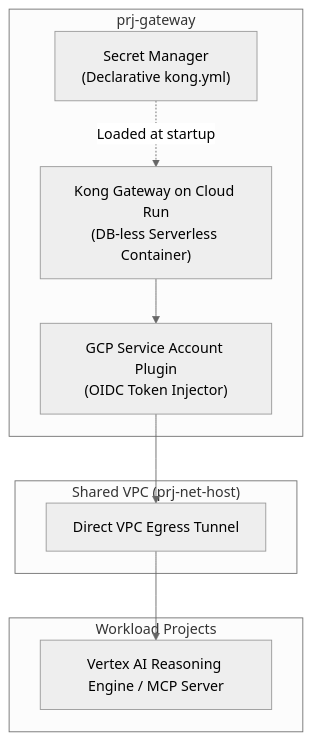
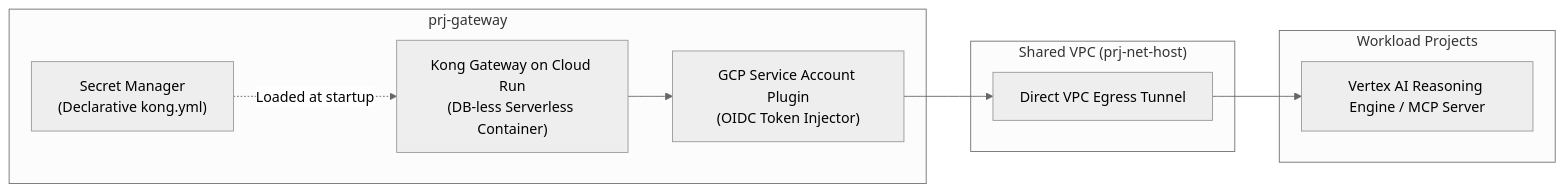
The second of 4 diagrams in docs/2-workloads-and-catalog/01-ingress-gateways.md (google/esmeralda), drawn with Mermaid (neutral theme) before and after one commit.

Commit message:
docs: adjust Kong Gateway architecture diagram orientation to horizontal (LR)
TAG=agy
CONV=b8616c15-19ab-46bf-9893-830094335409

````diff
--- a/docs/2-workloads-and-catalog/01-ingress-gateways.md
+++ b/docs/2-workloads-and-catalog/01-ingress-gateways.md
@@ -62,20 +62,20 @@
 ```mermaid
-graph TD
+graph LR
     subgraph GatewayProject["prj-gateway"]
         Secret["Secret Manager<br/>(Declarative kong.yml)"]
         Kong["Kong Gateway on Cloud Run<br/>(DB-less Serverless Container)"]
         Plugin["GCP Service Account Plugin<br/>(OIDC Token Injector)"]
     end
 
     subgraph SharedVPC["Shared VPC (prj-net-host)"]
         Egress["Direct VPC Egress Tunnel"]
     end
 
     subgraph Target["Workload Projects"]
         Vertex["Vertex AI Reasoning Engine / MCP Server"]
     end
 
     Secret -. Loaded at startup .-> Kong
     Kong --> Plugin
     Plugin --> Egress --> Vertex
 ```
````
